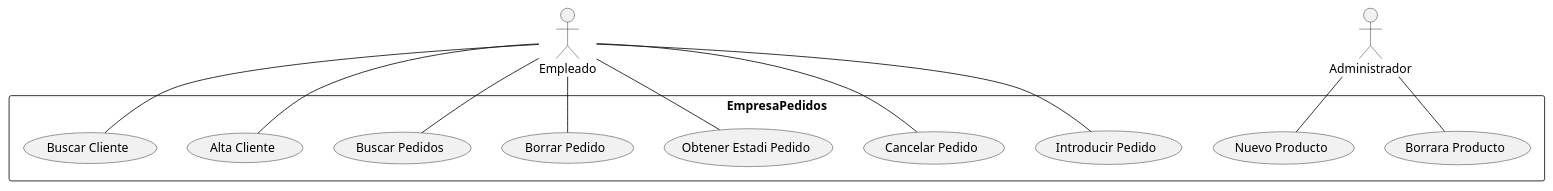
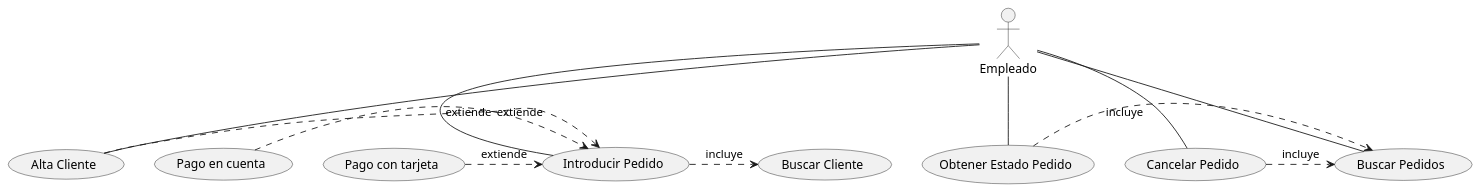
One commit to alejaandroobc/CasosDeUso2_UML changed the diagram in src/CasosDeUso2_UML.puml. Above: the diagram before and after it, drawn with PlantUML. The commit also changed 1 other file, not shown here.

Commit message:
Diagrama estructurado

```diff
--- a/src/CasosDeUso2_UML.puml
+++ b/src/CasosDeUso2_UML.puml
@@ -1,24 +1,22 @@
 @startuml
 :Empleado: as A1
-:Administrador: as A2
-rectangle EmpresaPedidos {
 usecase UC1 as "Introducir Pedido"
 usecase UC2 as "Cancelar Pedido"
-usecase UC3 as "Obtener Estadi Pedido"
-usecase UC4 as "Borrar Pedido"
-usecase UC5 as "Buscar Pedidos"
-usecase UC6 as "Alta Cliente"
-usecase UC7 as "Buscar Cliente"
-usecase UC8 as "Nuevo Producto"
-usecase UC9 as "Borrara Producto"
-}
+usecase UC3 as "Obtener Estado Pedido"
+usecase UC4 as "Buscar Pedidos"
+usecase UC5 as "Alta Cliente"
+usecase UC6 as "Buscar Cliente"
+usecase UC7 as "Pago en cuenta"
+usecase UC8 as "Pago con tarjeta"
+A1 -- UC5
+A1 -- UC2
+A1 -- UC4
 A1 -- UC1
-A1 -- UC2
 A1 -- UC3
-A1 -- UC4
-A1 -- UC5
-A1 -- UC6
-A1 -- UC7
-A2 -- UC8
-A2 -- UC9
+UC5 .> UC1 : extiende
+UC8 .> UC1 : extiende
+UC3 .> UC4 : incluye
+UC1 .> UC6 : incluye
+UC7 .> UC1 : extiende
+UC2 .> UC4 : incluye
 @enduml
```
